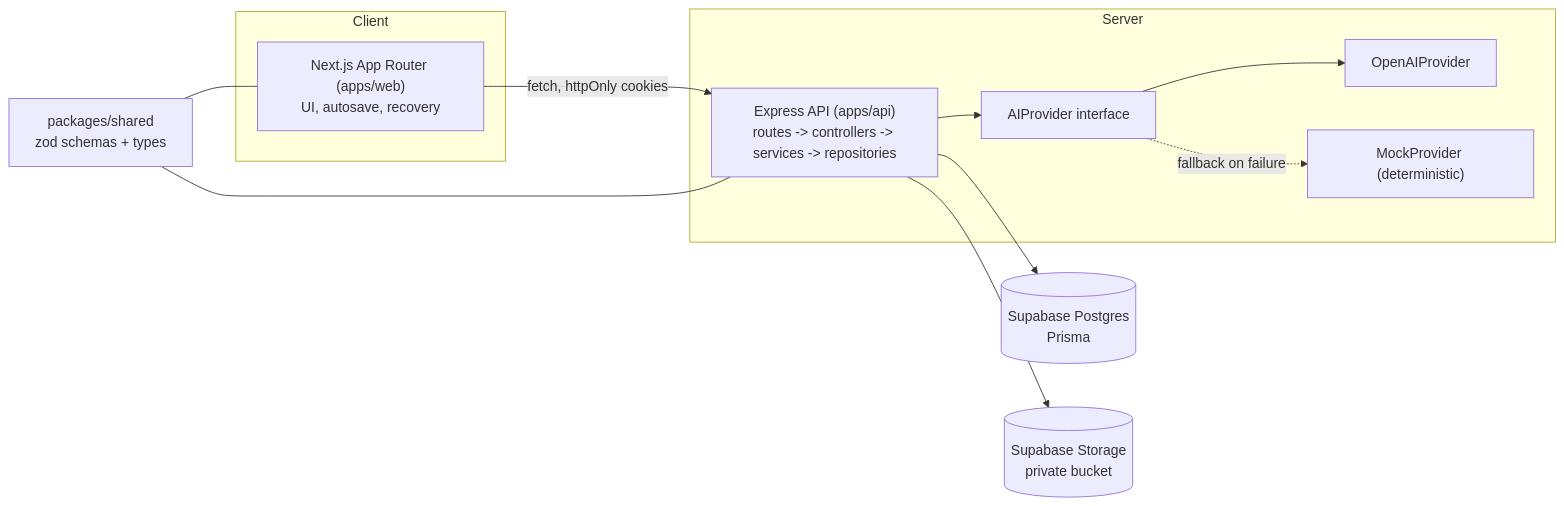
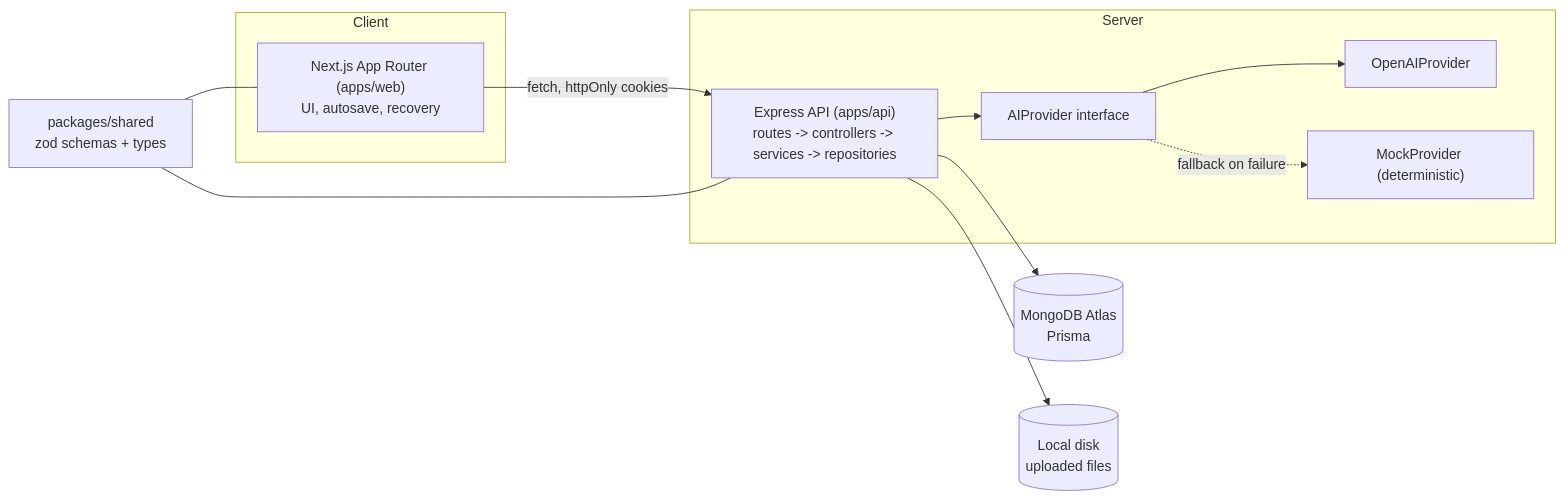
Before and after one commit to Siddharth-AI/interview_iq: the first of 3 diagrams in README.md, drawn with Mermaid. The commit also changed other lines of this file and 1 other file, not shown here.

Commit message:
feat: update README to reflect MongoDB migration and add Vercel configuration

````diff
--- a/README.md
+++ b/README.md
@@ -40,23 +40,23 @@
 ```mermaid
 flowchart LR
   subgraph Client
     Web["Next.js App Router (apps/web)<br/>UI, autosave, recovery"]
   end
   subgraph Server
     API["Express API (apps/api)<br/>routes -> controllers -> services -> repositories"]
     AI["AIProvider interface"]
     OpenAI["OpenAIProvider"]
     Mock["MockProvider (deterministic)"]
   end
-  DB[("Supabase Postgres<br/>Prisma")]
-  Store[("Supabase Storage<br/>private bucket")]
+  DB[("MongoDB Atlas<br/>Prisma")]
+  Store[("Local disk<br/>uploaded files")]
 
   Web -- "fetch, httpOnly cookies" --> API
   API --> DB
   API --> Store
   API --> AI
   AI --> OpenAI
   AI -. "fallback on failure" .-> Mock
   Shared["packages/shared<br/>zod schemas + types"] --- Web
   Shared --- API
 ```
````
